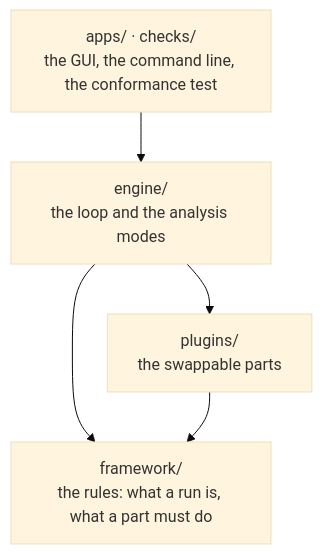
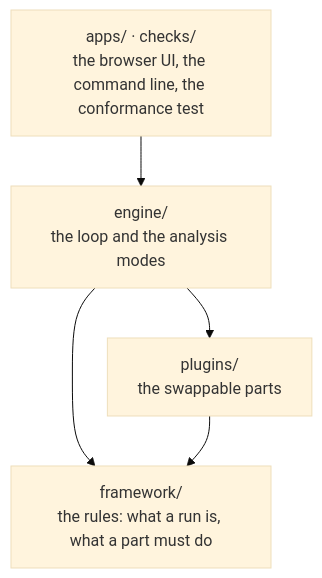
The first of 2 diagrams in toporia/README.md (Toporia/Toporia-launcher), drawn with Mermaid (base theme) before and after one commit. The commit also changed other lines of this file and 74 other files, not shown here.

````diff
--- a/toporia/README.md
+++ b/toporia/README.md
@@ -27,11 +27,11 @@
 ```mermaid
 flowchart TB
-    apps["apps/ · checks/<br/>the GUI, the command line, the conformance test"]
+    apps["apps/ · checks/<br/>the browser UI, the command line, the conformance test"]
     engine["engine/<br/>the loop and the analysis modes"]
     plugins["plugins/<br/>the swappable parts"]
     framework["framework/<br/>the rules: what a run is, what a part must do"]
     apps --> engine
     engine --> plugins
     engine --> framework
     plugins --> framework
 ```
````
